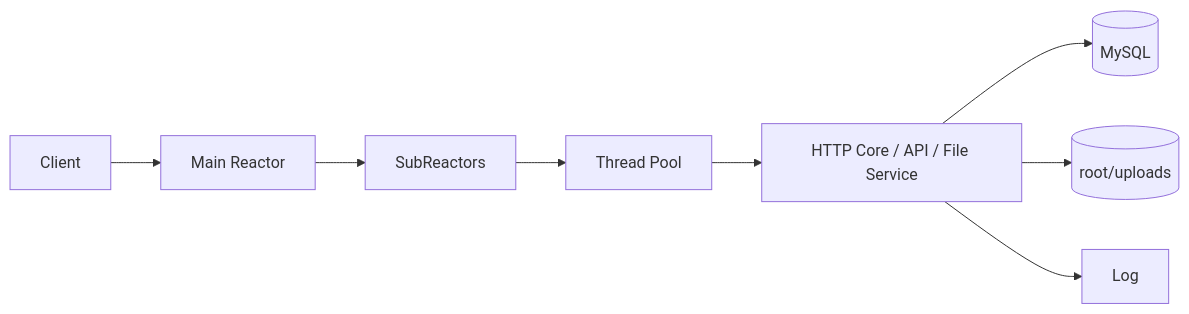
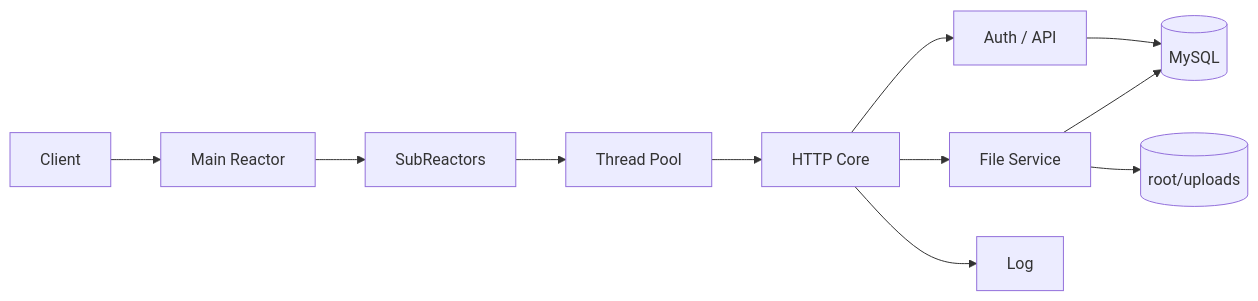
One commit to wjg12345678/High-performance-gateway changed the diagram in README.md. Above: the diagram before and after it, drawn with Mermaid. The commit also changed other lines of this file and 36 other files, not shown here.

````diff
--- a/README.md
+++ b/README.md
@@ -62,16 +125,19 @@
 ```mermaid
 flowchart LR
     Client[Client]
     Main[Main Reactor]
     Sub[SubReactors]
     Pool[Thread Pool]
-    HTTP[HTTP Core / API / File Service]
+    HTTP[HTTP Core]
+    API[Auth / API]
+    Files[File Service]
     DB[(MySQL)]
     FS[(root/uploads)]
     Log[Log]
 
     Client --> Main --> Sub --> Pool --> HTTP
-    HTTP --> DB
-    HTTP --> FS
+    HTTP --> API --> DB
+    HTTP --> Files --> DB
+    Files --> FS
     HTTP --> Log
 ```
````
